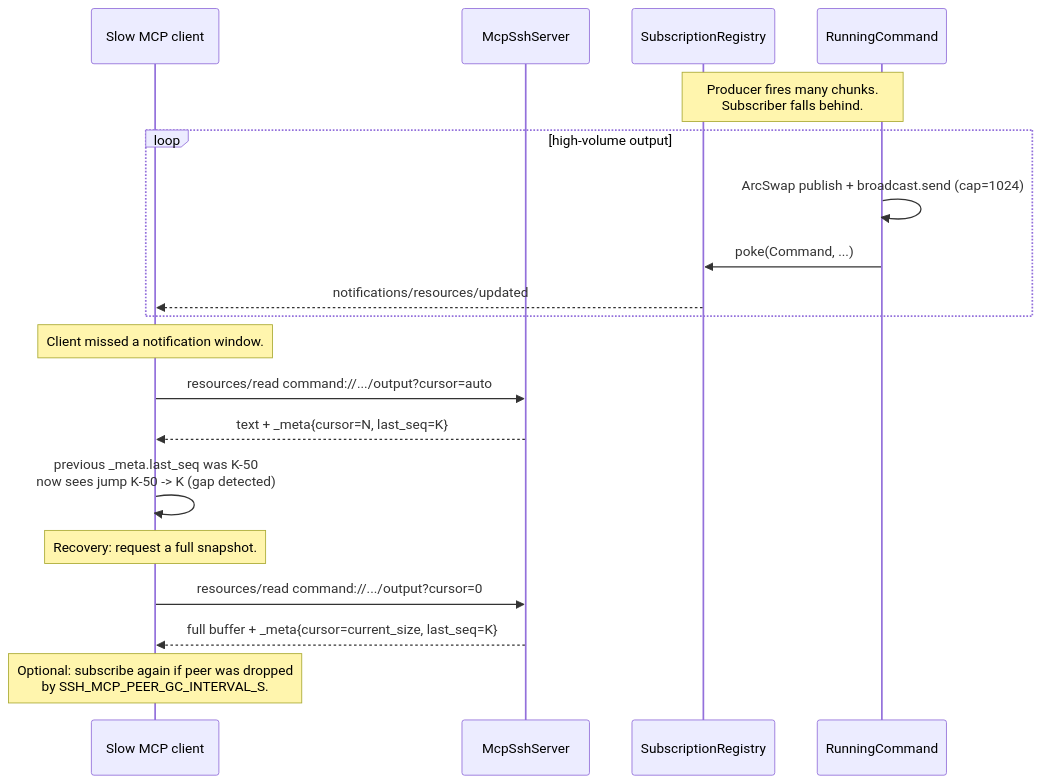
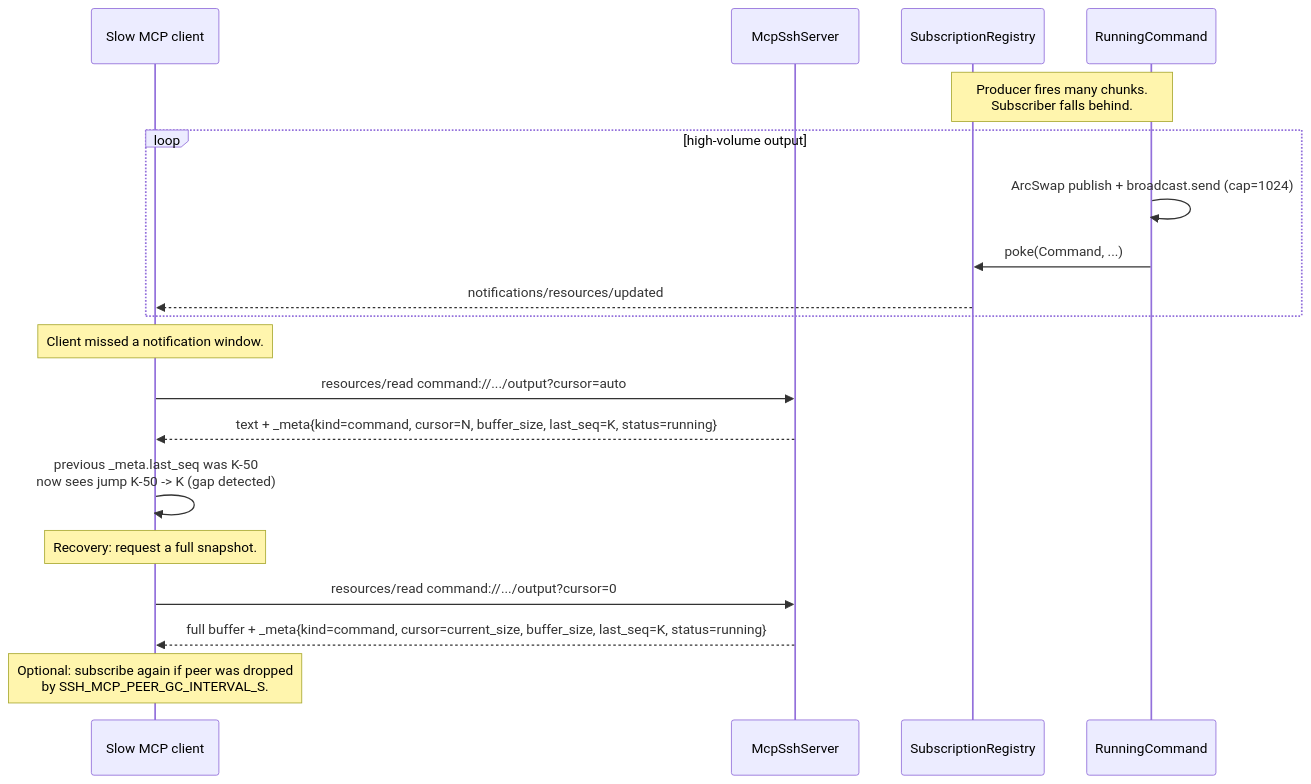
One commit to farchanjo/ssh-mcp changed the tenth of 11 diagrams in docs/FLOWS.md. Above: the diagram before and after it, drawn with Mermaid. The commit also changed other lines of this file and 6 other files, not shown here.

First line of the commit message:
docs(v4.5): sync LLM_GUIDE/API/ERRORS/RESOURCES/FLOWS to v4.5.0 surface

````diff
--- a/docs/FLOWS.md
+++ b/docs/FLOWS.md
@@ -328,28 +329,28 @@
 ```mermaid
 sequenceDiagram
     participant Client as Slow MCP client
     participant Server as McpSshServer
     participant Reg as SubscriptionRegistry
     participant Cmd as RunningCommand
 
     Note over Cmd,Reg: Producer fires many chunks.<br/>Subscriber falls behind.
 
     loop high-volume output
         Cmd->>Cmd: ArcSwap publish + broadcast.send (cap=1024)
         Cmd->>Reg: poke(Command, ...)
         Reg-->>Client: notifications/resources/updated
     end
 
     Note over Client: Client missed a notification window.
 
     Client->>Server: resources/read command://.../output?cursor=auto
-    Server-->>Client: text + _meta{cursor=N, last_seq=K}
+    Server-->>Client: text + _meta{kind=command, cursor=N, buffer_size, last_seq=K, status=running}
 
     Client->>Client: previous _meta.last_seq was K-50<br/>now sees jump K-50 -> K (gap detected)
 
     Note over Client: Recovery: request a full snapshot.
     Client->>Server: resources/read command://.../output?cursor=0
-    Server-->>Client: full buffer + _meta{cursor=current_size, last_seq=K}
+    Server-->>Client: full buffer + _meta{kind=command, cursor=current_size, buffer_size, last_seq=K, status=running}
 
     Note over Client: Optional: subscribe again if peer was dropped<br/>by SSH_MCP_PEER_GC_INTERVAL_S.
 ```
````
